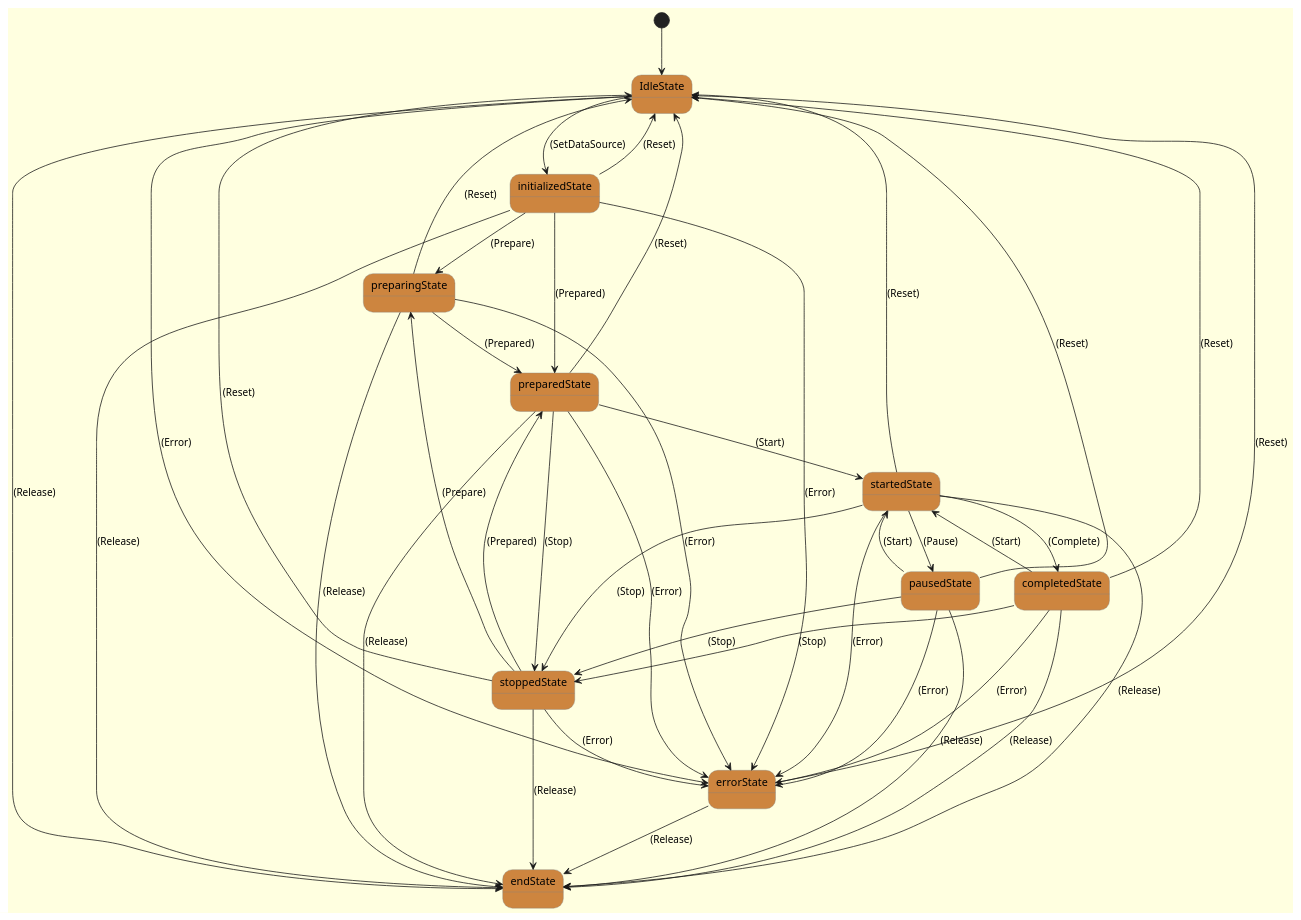
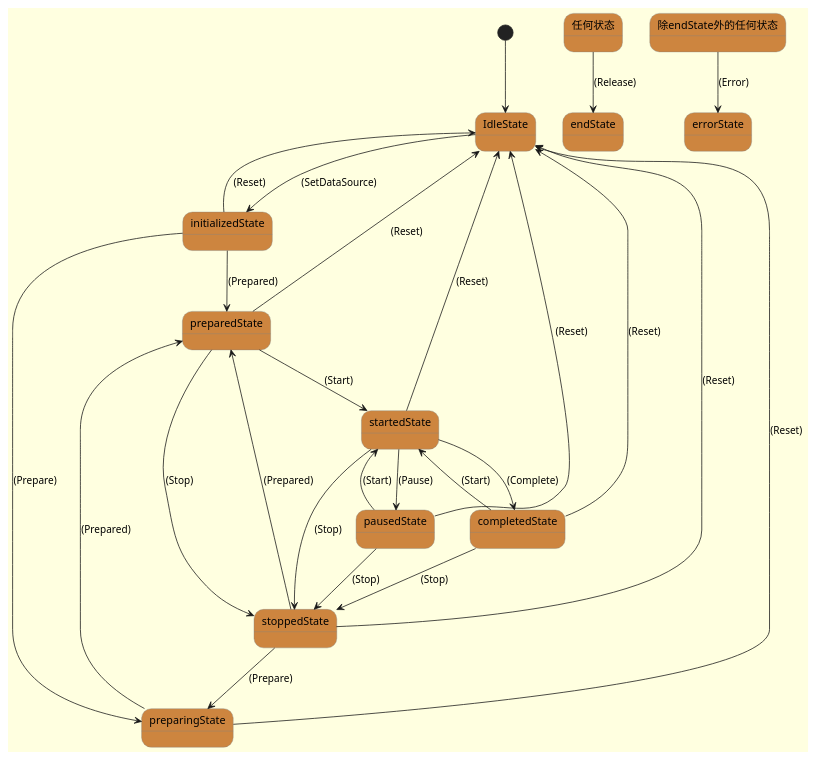
The diagram in beggarplayer-core/src/main/kotlin/com/beggar/beggarplayer/core/BeggarPlayerStates.puml (RicherLan/LanPlayer), drawn with PlantUML before and after one commit. The commit also changed 1 other file, not shown here.

```diff
--- a/beggarplayer-core/src/main/kotlin/com/beggar/beggarplayer/core/BeggarPlayerStates.puml
+++ b/beggarplayer-core/src/main/kotlin/com/beggar/beggarplayer/core/BeggarPlayerStates.puml
@@ -1,72 +1,56 @@
 @startuml
     skinparam backgroundColor LightYellow
     skinparam state {
       StartColor MediumBlue
       EndColor Red
       BackgroundColor Peru
       BackgroundColor<<Warning>> Olive
       BorderColor Gray
       FontName Impact
     }
     [*]-->IdleState
+    任何状态 --> endState : (Release)
+    除endState外的任何状态 --> errorState : (Error)
     state IdleState{
     }
     state initializedState{
     }
     state preparingState{
     }
     state preparedState{
     }
     state startedState{
     }
     state pausedState{
     }
     state stoppedState{
     }
     state completedState{
     }
     state errorState{
     }
     state endState{
     }
     initializedState --> IdleState : (Reset)
-    initializedState --> endState : (Release)
-    initializedState --> errorState : (Error)
     initializedState --> preparingState : (Prepare)
     initializedState --> preparedState : (Prepared)
     preparingState --> IdleState : (Reset)
-    preparingState --> endState : (Release)
-    preparingState --> errorState : (Error)
     preparingState --> preparedState : (Prepared)
     preparedState --> IdleState : (Reset)
-    preparedState --> endState : (Release)
-    preparedState --> errorState : (Error)
     preparedState --> startedState : (Start)
     preparedState --> stoppedState : (Stop)
     startedState --> IdleState : (Reset)
-    startedState --> endState : (Release)
-    startedState --> errorState : (Error)
     startedState --> pausedState : (Pause)
     startedState --> stoppedState : (Stop)
     startedState --> completedState : (Complete)
     pausedState --> IdleState : (Reset)
-    pausedState --> endState : (Release)
-    pausedState --> errorState : (Error)
     pausedState --> startedState : (Start)
     pausedState --> stoppedState : (Stop)
     stoppedState --> IdleState : (Reset)
-    stoppedState --> endState : (Release)
-    stoppedState --> errorState : (Error)
     stoppedState --> preparingState : (Prepare)
     stoppedState --> preparedState : (Prepared)
     completedState --> IdleState : (Reset)
-    completedState --> endState : (Release)
-    completedState --> errorState : (Error)
     completedState --> startedState : (Start)
     completedState --> stoppedState : (Stop)
-    errorState --> IdleState : (Reset)
-    errorState --> endState : (Release)
-    IdleState --> endState : (Release)
-    IdleState --> errorState : (Error)
     IdleState --> initializedState : (SetDataSource)
     @enduml
```
